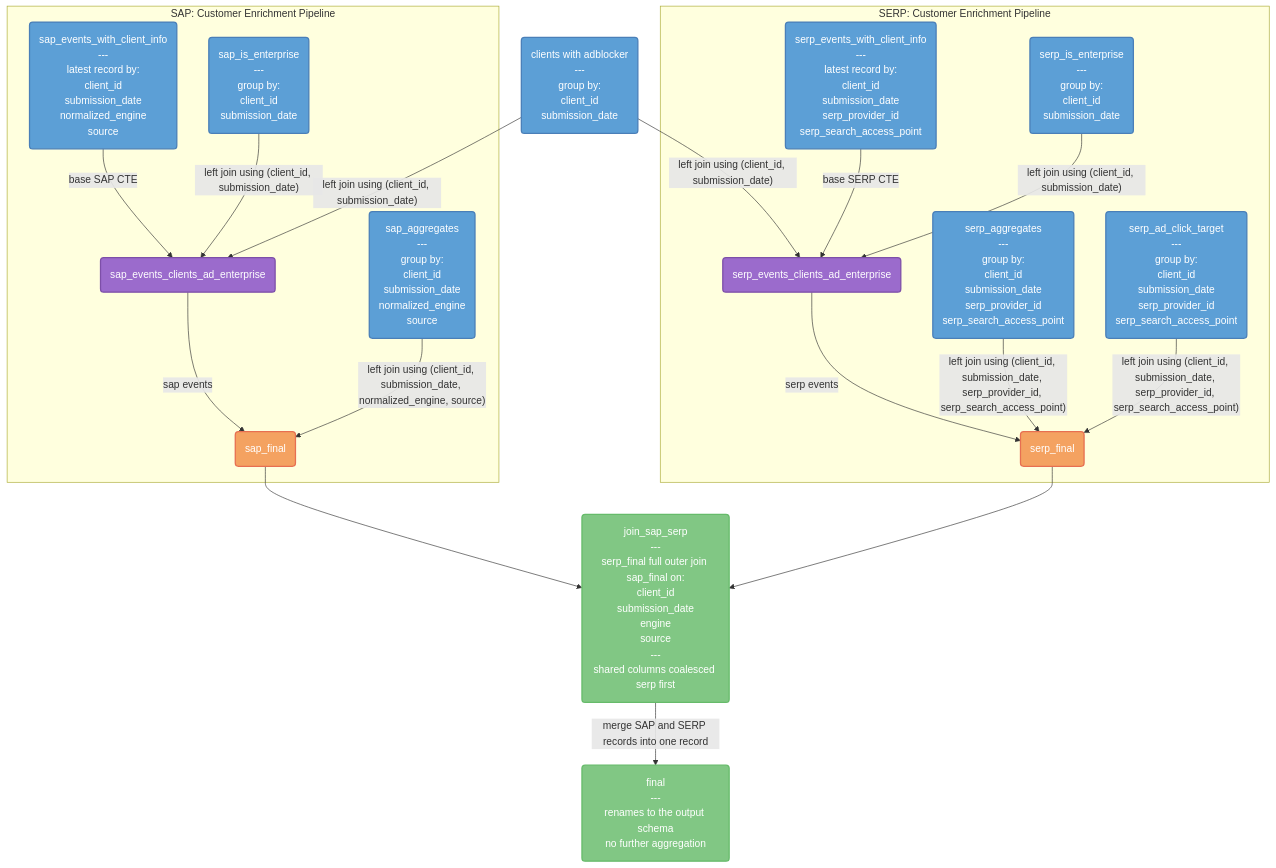
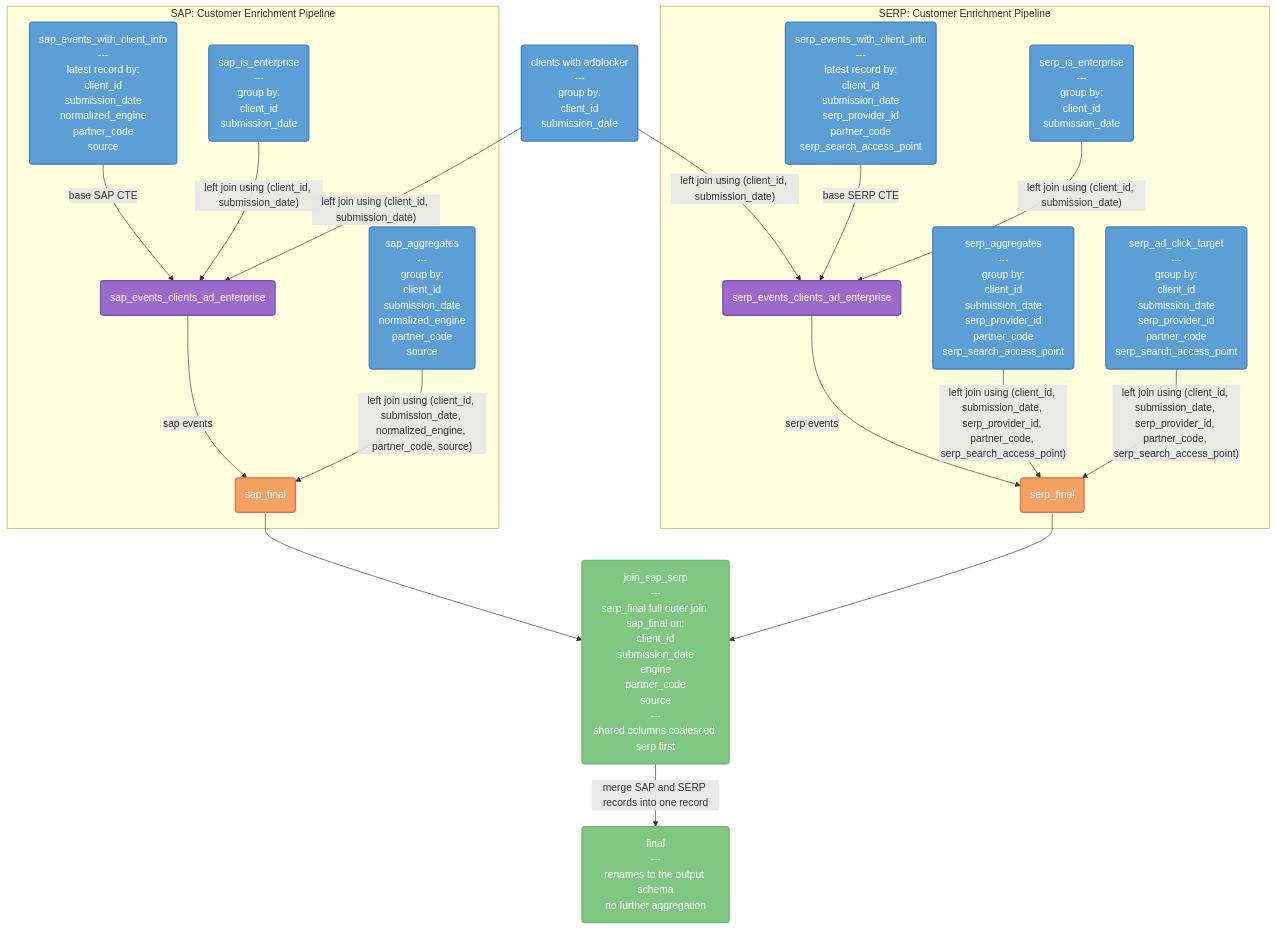
One commit to mozilla/bigquery-etl changed the diagram in sql/moz-fx-data-shared-prod/search_derived/search_clients_daily_v9/README.md. Above: the diagram before and after it, drawn with Mermaid. The commit also changed other lines of this file and 10 other files, not shown here.

Commit message:
feat: add partner_code to the table grain

````diff
--- a/sql/moz-fx-data-shared-prod/search_derived/search_clients_daily_v9/README.md
+++ b/sql/moz-fx-data-shared-prod/search_derived/search_clients_daily_v9/README.md
@@ -9,78 +9,78 @@
 ```mermaid
 graph TD
     %% OTHER
     adblocker("clients with adblocker<br/>---<br/>group by:<br/>client_id<br/>submission_date")
 
     %% SAP
     subgraph SG1["SAP: Customer Enrichment Pipeline"]
-    base_sap("sap_events_with_client_info<br/>---<br/>latest record by:<br/>client_id<br/>submission_date<br/>normalized_engine<br/>source")
+    base_sap("sap_events_with_client_info<br/>---<br/>latest record by:<br/>client_id<br/>submission_date<br/>normalized_engine<br/>partner_code<br/>source")
 
     sap_enterprise("sap_is_enterprise<br/>---<br/>group by:<br/>client_id<br/>submission_date")
 
     sap_full_events("sap_events_clients_ad_enterprise")
 
-    sap_agg("sap_aggregates<br/>---<br/>group by:<br/>client_id<br/>submission_date<br/>normalized_engine<br/>source")
+    sap_agg("sap_aggregates<br/>---<br/>group by:<br/>client_id<br/>submission_date<br/>normalized_engine<br/>partner_code<br/>source")
 
     sap_final("sap_final")
 
     base_sap -->|"base SAP CTE"| sap_full_events
 
     sap_enterprise -->|"left join using (client_id, submission_date)"| sap_full_events
 
     sap_full_events -->|"sap events"| sap_final
 
-    sap_agg -->|"left join using (client_id, submission_date, normalized_engine, source)"| sap_final
+    sap_agg -->|"left join using (client_id, submission_date, normalized_engine, partner_code, source)"| sap_final
     end
 
     adblocker -->|"left join using (client_id, submission_date)"| sap_full_events
     adblocker -->|"left join using (client_id, submission_date)"| serp_full_events
 
     %% SERP
     subgraph SG2["SERP: Customer Enrichment Pipeline"]
-    base_serp("serp_events_with_client_info<br/>---<br/>latest record by:<br/>client_id<br/>submission_date<br/>serp_provider_id<br/>serp_search_access_point")
+    base_serp("serp_events_with_client_info<br/>---<br/>latest record by:<br/>client_id<br/>submission_date<br/>serp_provider_id<br/>partner_code<br/>serp_search_access_point")
 
     serp_enterprise("serp_is_enterprise<br/>---<br/>group by:<br/>client_id<br/>submission_date")
 
     serp_full_events("serp_events_clients_ad_enterprise")
 
-    serp_agg("serp_aggregates<br/>---<br/>group by:<br/>client_id<br/>submission_date<br/>serp_provider_id<br/>serp_search_access_point")
+    serp_agg("serp_aggregates<br/>---<br/>group by:<br/>client_id<br/>submission_date<br/>serp_provider_id<br/>partner_code<br/>serp_search_access_point")
 
-    serp_ad_click("serp_ad_click_target<br/>---<br/>group by:<br/>client_id<br/>submission_date<br/>serp_provider_id<br/>serp_search_access_point")
+    serp_ad_click("serp_ad_click_target<br/>---<br/>group by:<br/>client_id<br/>submission_date<br/>serp_provider_id<br/>partner_code<br/>serp_search_access_point")
 
     serp_final("serp_final")
 
     base_serp -->|"base SERP CTE"| serp_full_events
 
     serp_enterprise -->|"left join using (client_id, submission_date)"| serp_full_events
 
     serp_full_events -->|"serp events"| serp_final
 
-    serp_agg -->|"left join using (client_id, submission_date, serp_provider_id, serp_search_access_point)"| serp_final
+    serp_agg -->|"left join using (client_id, submission_date, serp_provider_id, partner_code, serp_search_access_point)"| serp_final
 
-    serp_ad_click -->|"left join using (client_id, submission_date, serp_provider_id, serp_search_access_point)"| serp_final
+    serp_ad_click -->|"left join using (client_id, submission_date, serp_provider_id, partner_code, serp_search_access_point)"| serp_final
     end
 
     %% FINALS
 
-    join_sap_serp("join_sap_serp<br/>---<br/>serp_final full outer join sap_final on:<br/>client_id<br/>submission_date<br/>engine<br/>source<br/>---<br/>shared columns coalesced serp first")
+    join_sap_serp("join_sap_serp<br/>---<br/>serp_final full outer join sap_final on:<br/>client_id<br/>submission_date<br/>engine<br/>partner_code<br/>source<br/>---<br/>shared columns coalesced serp first")
 
     final("final<br/>---<br/>renames to the output schema<br/>no further aggregation")
 
     sap_final --> join_sap_serp
 
     serp_final --> join_sap_serp
 
     join_sap_serp -->|"merge SAP and SERP records into one record"| final
 
     %% Styling to match dbt docs
     classDef cteStyle fill:#5c9fd6,stroke:#4a7fb8,stroke-width:2px,color:#fff
     classDef joinStyle fill:#9b6bcc,stroke:#7d4fa8,stroke-width:2px,color:#fff
     classDef intermediateStyle fill:#f4a261,stroke:#e76f51,stroke-width:2px,color:#fff
     classDef finalStyle fill:#81c784,stroke:#66bb6a,stroke-width:2px,color:#fff
 
 
     class base_sap,adblocker,sap_enterprise,base_serp,serp_enterprise,sap_agg,serp_agg,serp_ad_click cteStyle
     class sap_full_events,serp_full_events joinStyle
     class sap_final,serp_final intermediateStyle
     class join_sap_serp,final finalStyle
 ```
````
